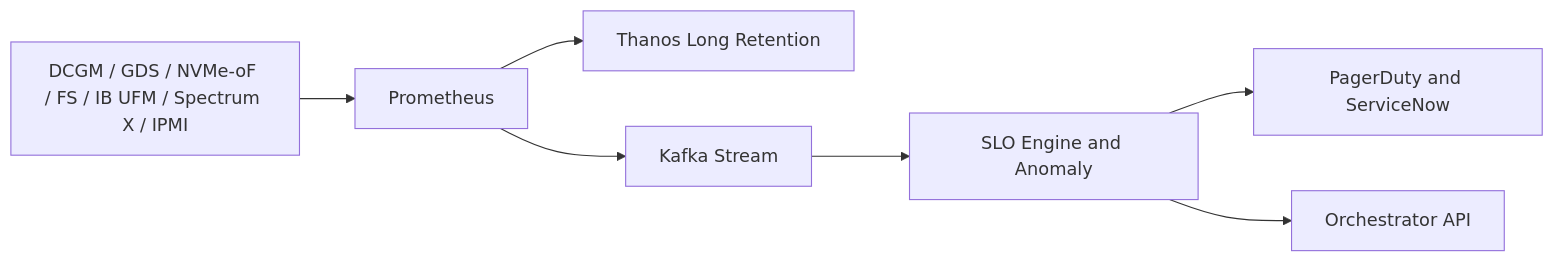
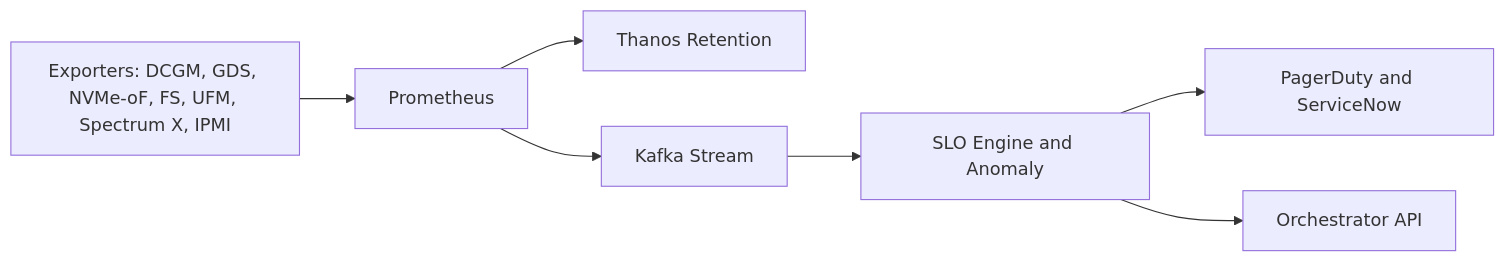
The fourth of 5 diagrams in README.md (noelashford/Storage-Solution), drawn with Mermaid before and after one commit. The commit also changed other lines of this file, not shown here.

````diff
--- a/README.md
+++ b/README.md
@@ -199,9 +208,9 @@
 ```mermaid
 flowchart LR
-  Exporters[DCGM / GDS / NVMe-oF / FS / IB UFM / Spectrum X / IPMI] --> Prom[Prometheus]
-  Prom --> Thanos[Thanos Long Retention]
-  Prom --> Kafka[Kafka Stream]
-  Kafka --> SLO[SLO Engine and Anomaly]
-  SLO --> Alerts[PagerDuty and ServiceNow]
-  SLO --> Actions[Orchestrator API]
+  EXP[Exporters: DCGM, GDS, NVMe-oF, FS, UFM, Spectrum X, IPMI] --> PROM[Prometheus]
+  PROM --> THANOS[Thanos Retention]
+  PROM --> KAFKA[Kafka Stream]
+  KAFKA --> SLO[SLO Engine and Anomaly]
+  SLO --> ALERTS[PagerDuty and ServiceNow]
+  SLO --> ACTIONS[Orchestrator API]
 ```
````
